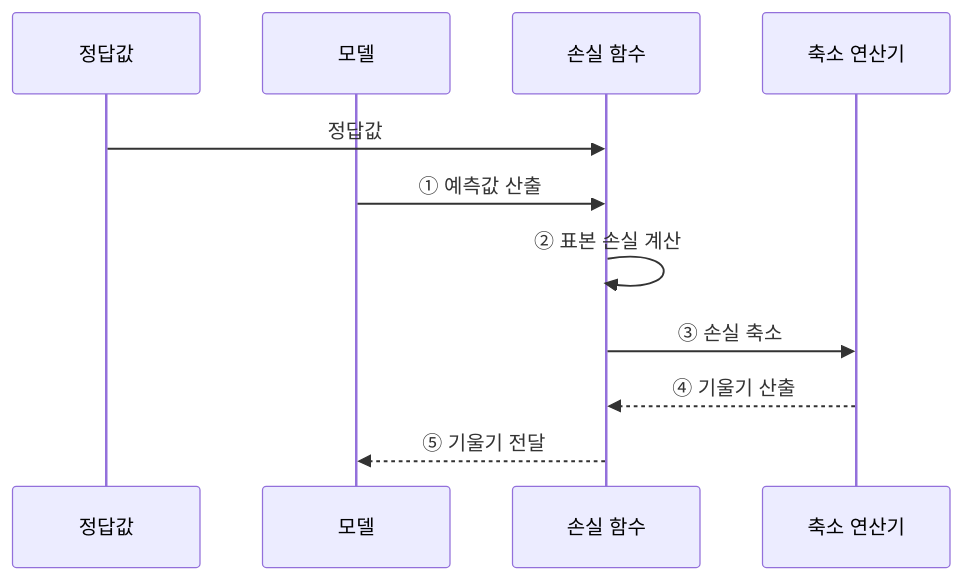
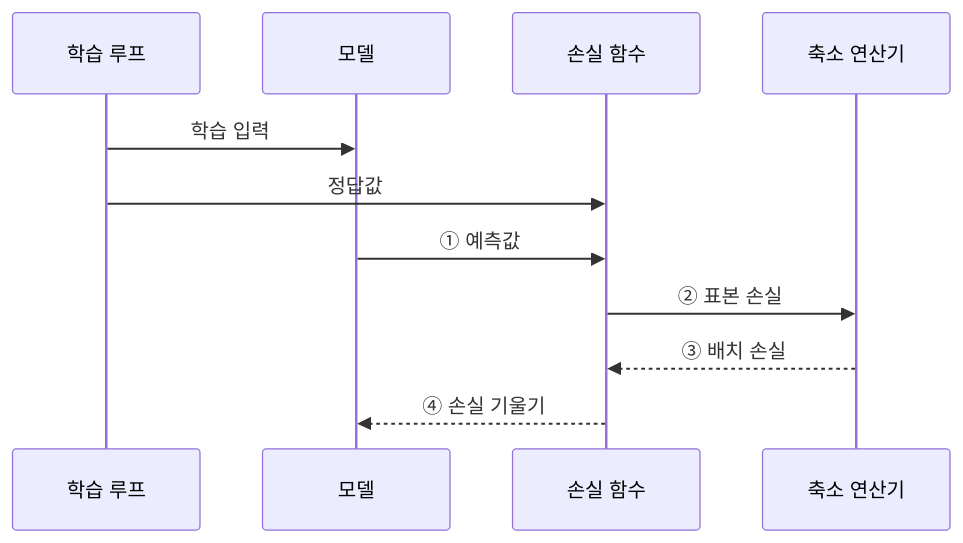
The third of 3 diagrams in src/content/docs/notes/01-basic-theory/042_loss_functions.md (agnusdei1207/knowledge-base), drawn with Mermaid before and after one commit. The commit also changed other lines of this file and 11 other files, not shown here.

````diff
--- a/src/content/docs/notes/01-basic-theory/042_loss_functions.md
+++ b/src/content/docs/notes/01-basic-theory/042_loss_functions.md
@@ -104,13 +95,13 @@
 ```mermaid
 sequenceDiagram
-    participant Y as 정답값
+    participant T as 학습 루프
     participant M as 모델
     participant L as 손실 함수
     participant R as 축소 연산기
-    Y->>L: 정답값
-    M->>L: ① 예측값 산출
-    L->>L: ② 표본 손실 계산
-    L->>R: ③ 손실 축소
-    R-->>L: ④ 기울기 산출
-    L-->>M: ⑤ 기울기 전달
+    T->>M: 학습 입력
+    T->>L: 정답값
+    M->>L: ① 예측값
+    L->>R: ② 표본 손실
+    R-->>L: ③ 배치 손실
+    L-->>M: ④ 손실 기울기
 ```
````
